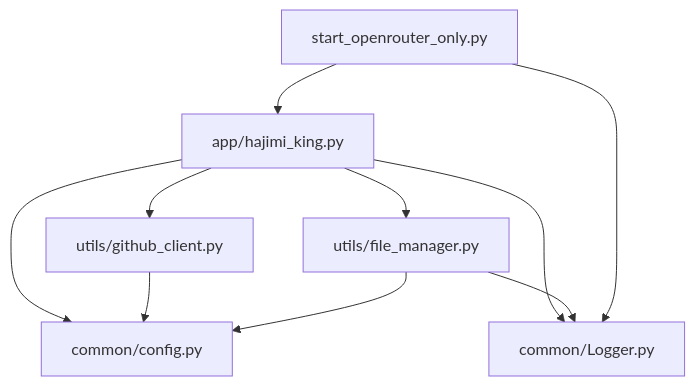
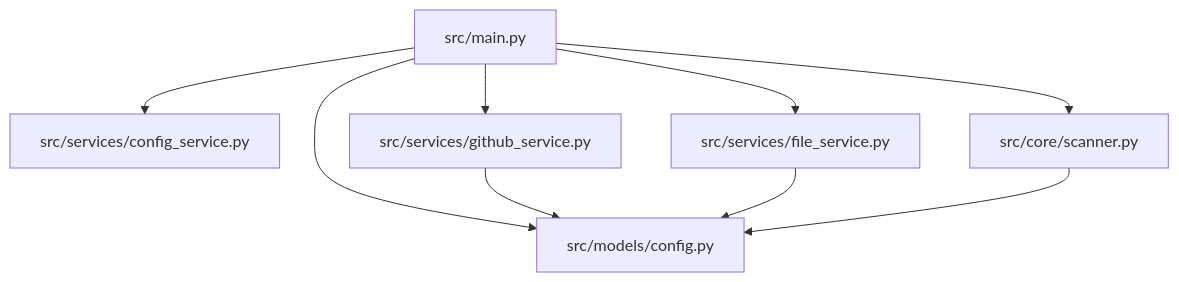
Before and after one commit to james-6-23/APIKEY-king: the first of 8 diagrams in .qoder/repowiki/zh/content/开发者指南/代码架构与模块设计/主控制器设计.md, drawn with Mermaid. The commit also changed other lines of this file and 49 other files, not shown here.

````diff
--- a/.qoder/repowiki/zh/content/开发者指南/代码架构与模块设计/主控制器设计.md
+++ b/.qoder/repowiki/zh/content/开发者指南/代码架构与模块设计/主控制器设计.md
@@ -35,12 +36,11 @@
 ```mermaid
 graph TD
-A[app/hajimi_king.py] --> B[common/config.py]
-A --> C[common/Logger.py]
-A --> D[utils/github_client.py]
-A --> E[utils/file_manager.py]
+A[src/main.py] --> B[src/models/config.py]
+A --> C[src/services/config_service.py]
+A --> D[src/services/github_service.py]
+A --> E[src/services/file_service.py]
+A --> F[src/core/scanner.py]
 D --> B
 E --> B
-E --> C
-F[start_openrouter_only.py] --> A
-F --> C
+F --> B
 ```
````
